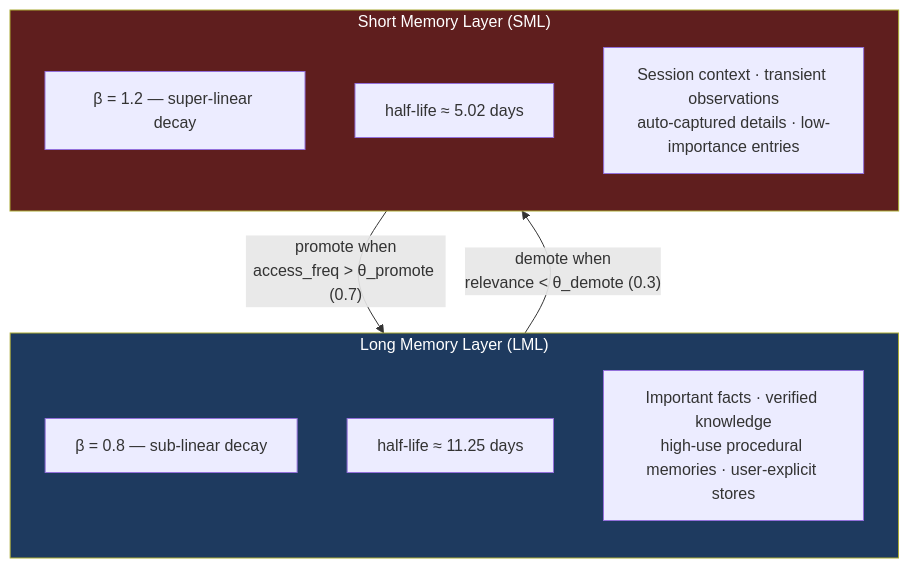
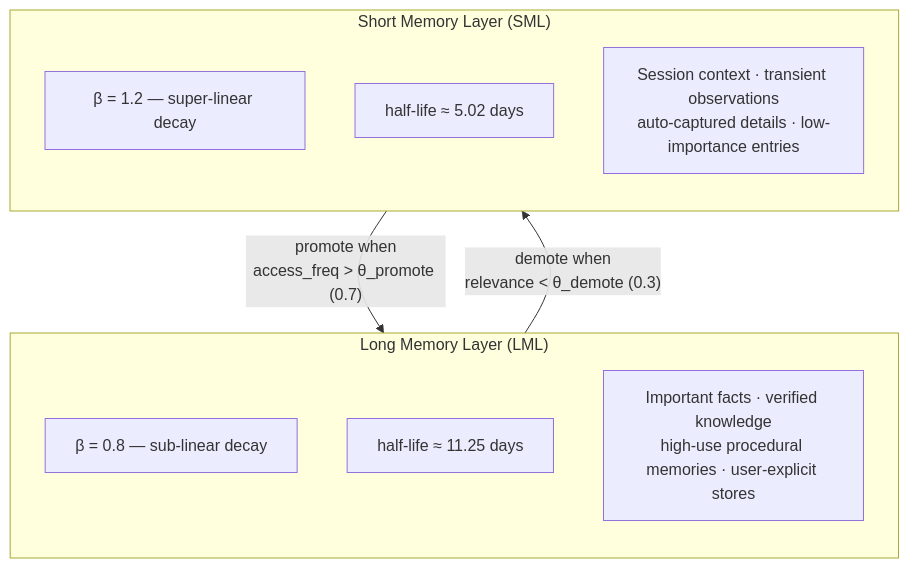
Before and after one commit to elisplash/paw: the eighth of 18 diagrams in ENGRAM.md, drawn with Mermaid. The commit also changed other lines of this file, not shown here.

Commit message:
docs: add mermaid diagrams throughout ENGRAM.md for visual improvement

````diff
--- a/ENGRAM.md
+++ b/ENGRAM.md
@@ -681,22 +669,20 @@
 ```mermaid
 flowchart TB
     subgraph LML["Long Memory Layer (LML)"]
         direction TB
         L1["β = 0.8 — sub-linear decay"]
         L2["half-life ≈ 11.25 days"]
         L3["Important facts · verified knowledge\nhigh-use procedural memories · user-explicit stores"]
     end
 
     subgraph SML["Short Memory Layer (SML)"]
         direction TB
         S1["β = 1.2 — super-linear decay"]
         S2["half-life ≈ 5.02 days"]
         S3["Session context · transient observations\nauto-captured details · low-importance entries"]
     end
 
     SML -- "promote when\naccess_freq > θ_promote (0.7)" --> LML
     LML -- "demote when\nrelevance < θ_demote (0.3)" --> SML
 
-    style LML fill:#1e3a5f,color:#fff
-    style SML fill:#5f1e1e,color:#fff
 ```
````
